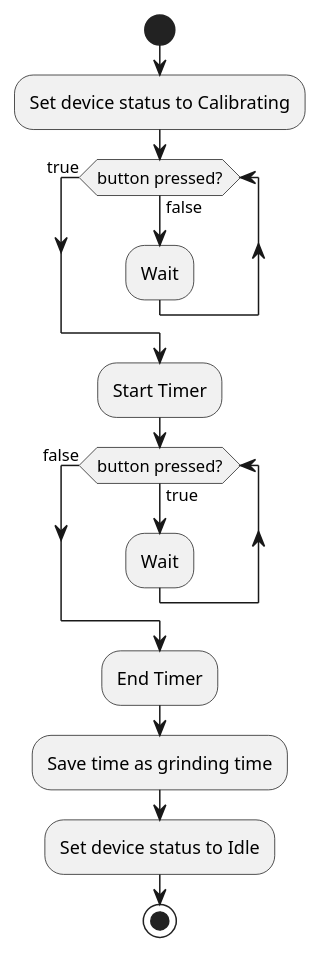
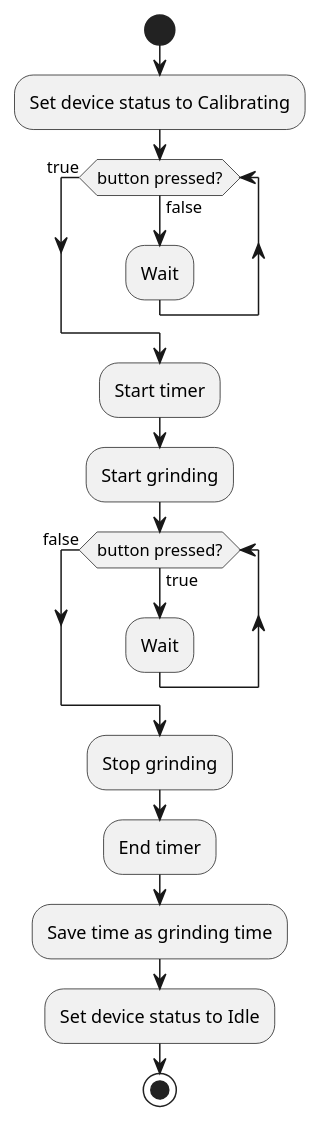
The diagram in Activity/Activity Grinding Time Calibration.puml (Leichtwind/smart-coffee-grinder-design), drawn with PlantUML before and after one commit.

Commit message:
fix: Activity Grinding Time Calibration diagram

```diff
--- a/Activity/Activity Grinding Time Calibration.puml
+++ b/Activity/Activity Grinding Time Calibration.puml
@@ -1,25 +1,28 @@
 @startuml
 'https://plantuml.com/activity-diagram-beta
 
 start
 
 :Set device status to Calibrating;
 
 while (button pressed?) is (false)
   :Wait;
 endwhile (true)
 
-:Start Timer;
+:Start timer;
+:Start grinding;
 
 while (button pressed?) is (true)
   :Wait;
 endwhile (false)
 
-:End Timer;
+:Stop grinding;
+:End timer;
+
 :Save time as grinding time;
 
 :Set device status to Idle;
 
 stop
 
 @enduml
```
